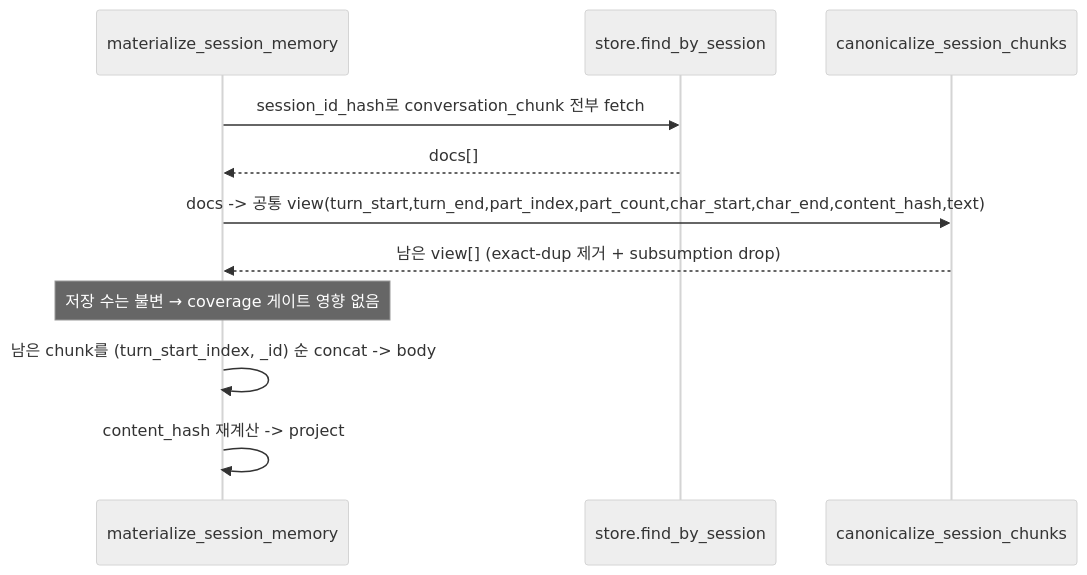
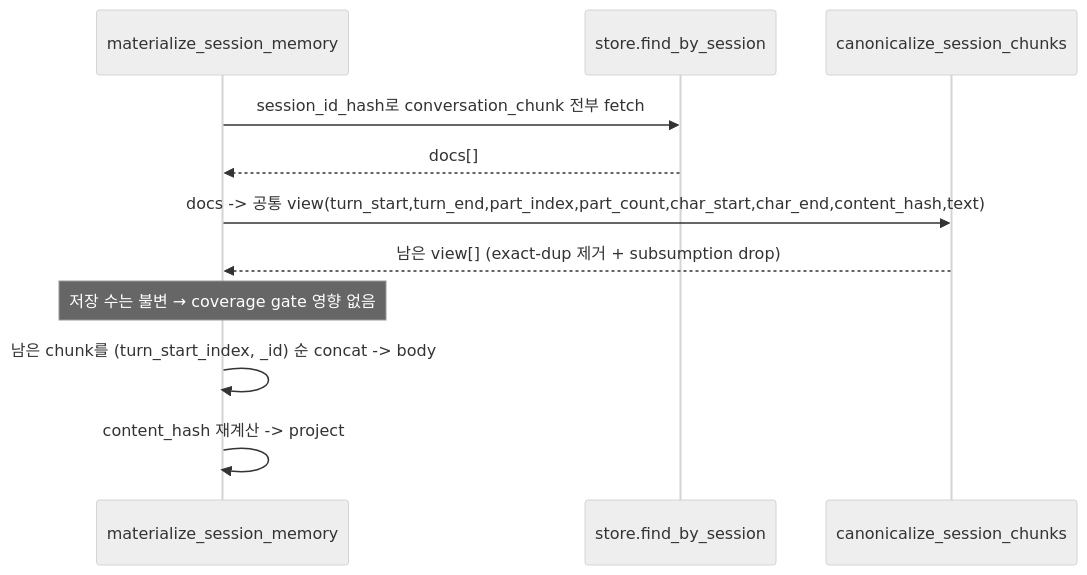
The second of 2 diagrams in specs/hermes-chunk-overlap/design.md (pureliture/neurons), drawn with Mermaid (neutral theme) before and after one commit. The commit also changed other lines of this file and 4 other files, not shown here.

````diff
--- a/specs/hermes-chunk-overlap/design.md
+++ b/specs/hermes-chunk-overlap/design.md
@@ -66,13 +66,13 @@
 ```mermaid
 sequenceDiagram
   participant M as materialize_session_memory
   participant S as store.find_by_session
   participant C as canonicalize_session_chunks
   M->>S: session_id_hash로 conversation_chunk 전부 fetch
   S-->>M: docs[]
   M->>C: docs -> 공통 view(turn_start,turn_end,part_index,part_count,char_start,char_end,content_hash,text)
   C-->>M: 남은 view[] (exact-dup 제거 + subsumption drop)
-  Note over M: 저장 수는 불변 → coverage 게이트 영향 없음
+  Note over M: 저장 수는 불변 → coverage gate 영향 없음
   M->>M: 남은 chunk를 (turn_start_index, _id) 순 concat -> body
   M->>M: content_hash 재계산 -> project
 ```
````
